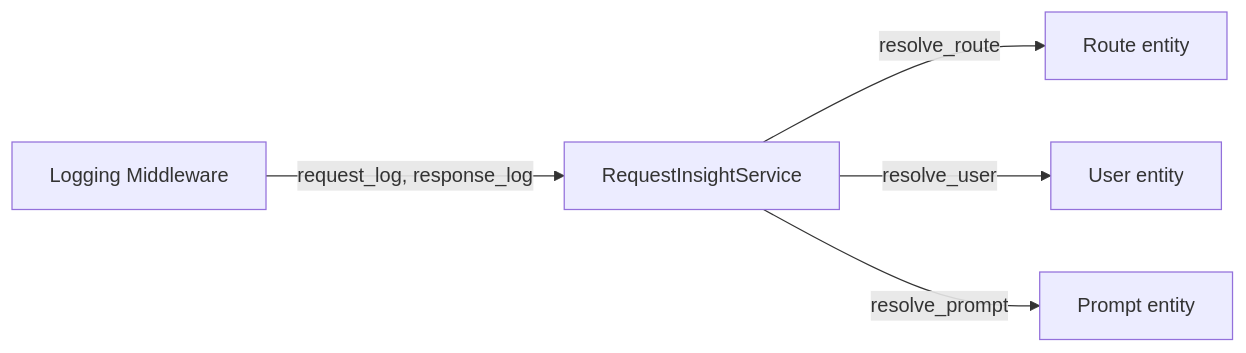
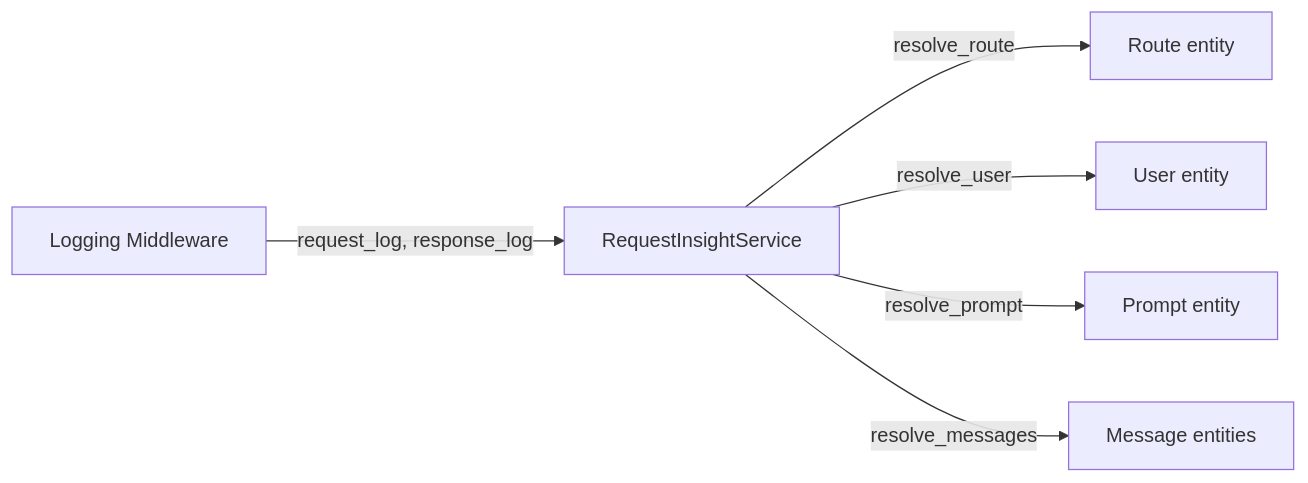
Before and after one commit to bitspire-team/bitspire-learn: the diagram in docs/request-insights.md, drawn with Mermaid. The commit also changed other lines of this file and 24 other files, not shown here.

````diff
--- a/docs/request-insights.md
+++ b/docs/request-insights.md
@@ -13,7 +13,8 @@
 ```mermaid
 flowchart LR
     MW["Logging Middleware"] -->|request_log, response_log| Insight["RequestInsightService"]
     Insight -->|resolve_route| Routes["Route entity"]
     Insight -->|resolve_user| Users["User entity"]
     Insight -->|resolve_prompt| Prompts["Prompt entity"]
+    Insight -->|resolve_messages| Messages["Message entities"]
 ```
````
